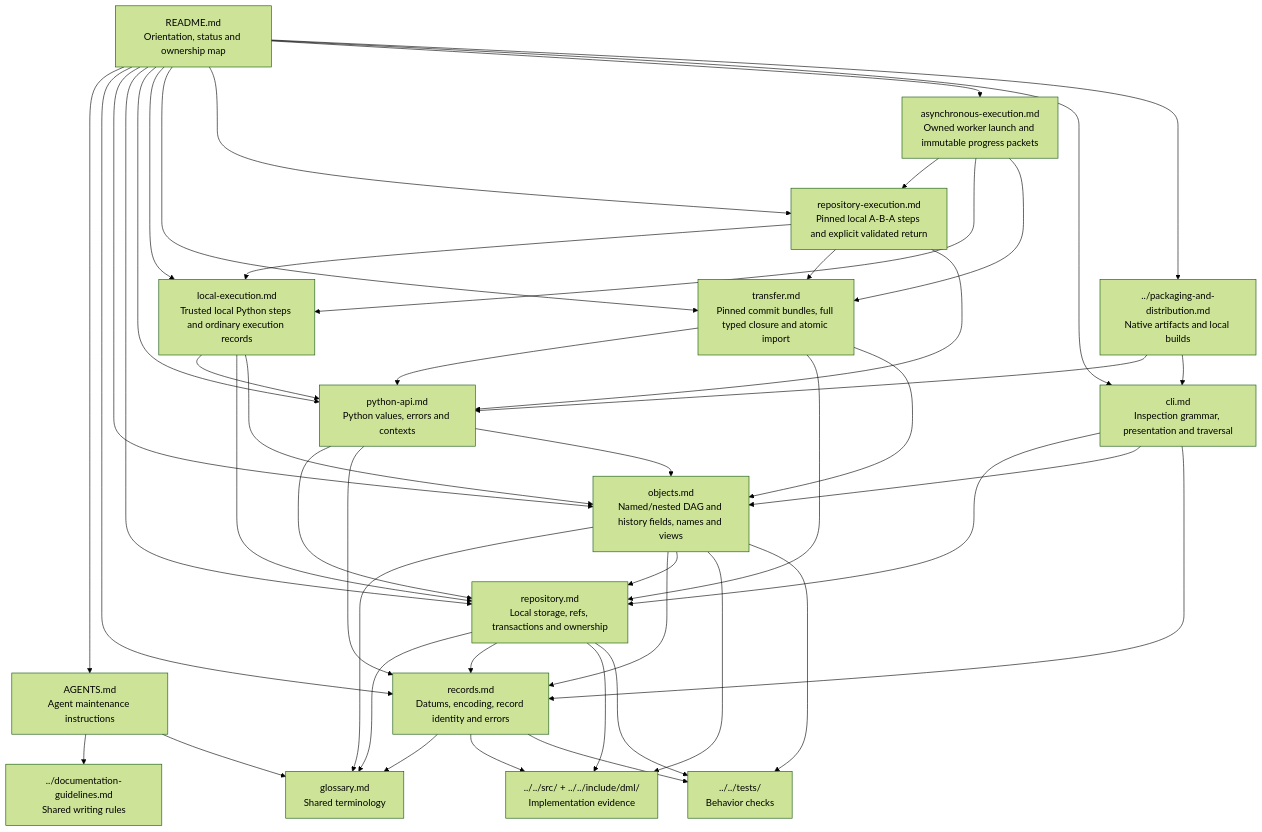
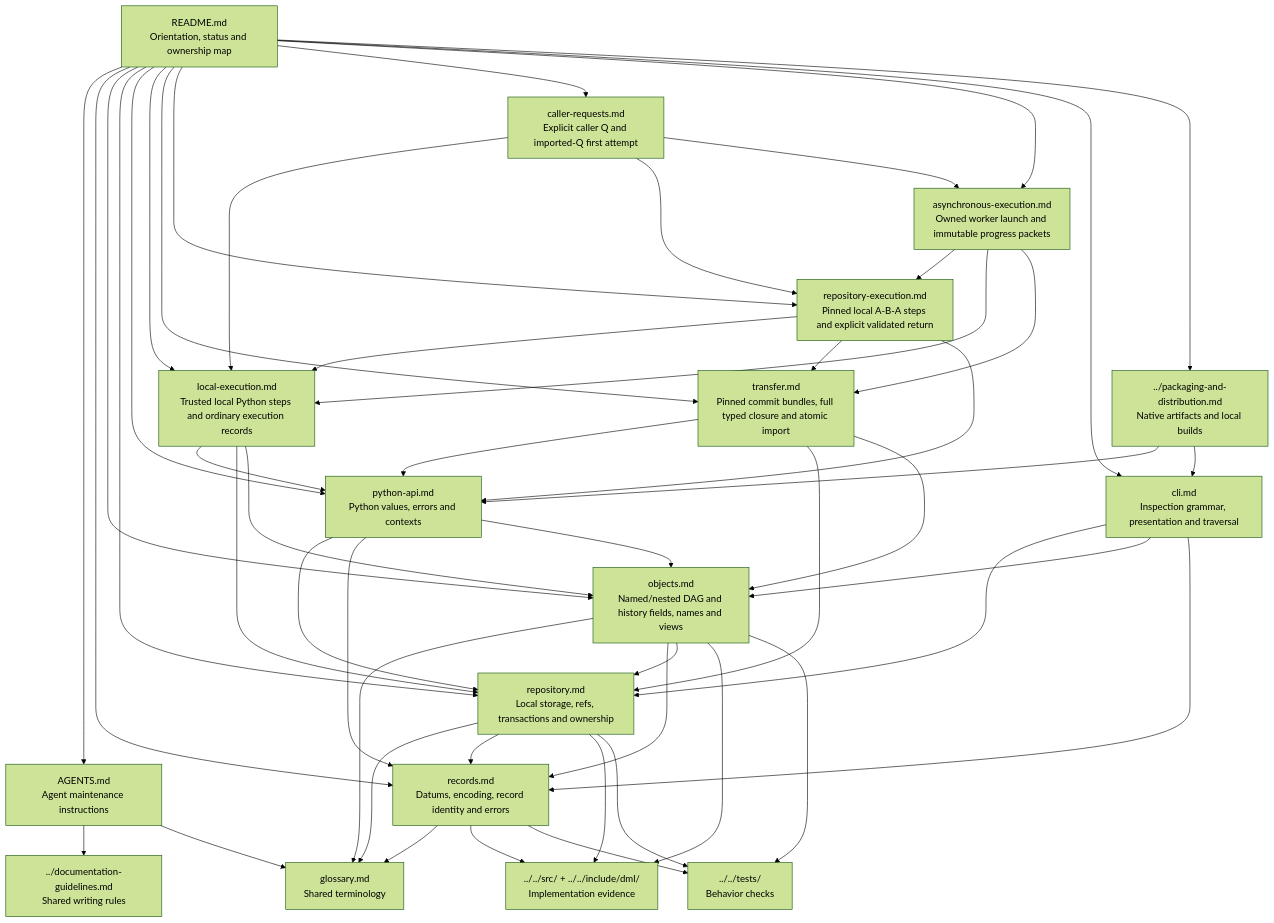
The diagram in docs/spec-next/README.md (micha/dml), drawn with Mermaid (forest theme) before and after one commit. The commit also changed other lines of this file and 21 other files, not shown here.

First line of the commit message:
Record caller requests before local repository execution

````diff
--- a/docs/spec-next/README.md
+++ b/docs/spec-next/README.md
@@ -35,64 +35,69 @@
 ```mermaid
 flowchart TD
     README["README.md<br/>Orientation, status and ownership map"]
     AGENTS["AGENTS.md<br/>Agent maintenance instructions"]
     GUIDE["../documentation-guidelines.md<br/>Shared writing rules"]
     GLOSSARY["glossary.md<br/>Shared terminology"]
     RECORDS["records.md<br/>Datums, encoding, record identity and errors"]
     OBJECTS["objects.md<br/>Named/nested DAG and history fields, names and views"]
     REPO["repository.md<br/>Local storage, refs, transactions and ownership"]
     PY["python-api.md<br/>Python values, errors and contexts"]
     LOCAL["local-execution.md<br/>Trusted local Python steps and ordinary execution records"]
     TRANSFER["transfer.md<br/>Pinned commit bundles, full typed closure and atomic import"]
     EXCHANGE["repository-execution.md<br/>Pinned local A-B-A steps and explicit validated return"]
+    REQUEST["caller-requests.md<br/>Explicit caller Q and imported-Q first attempt"]
     ASYNC["asynchronous-execution.md<br/>Owned worker launch and immutable progress packets"]
     CLI["cli.md<br/>Inspection grammar, presentation and traversal"]
     PACK["../packaging-and-distribution.md<br/>Native artifacts and local builds"]
     CODE["../../src/ + ../../include/dml/<br/>Implementation evidence"]
     TESTS["../../tests/<br/>Behavior checks"]
     README --> AGENTS
     README --> RECORDS
     README --> OBJECTS
     README --> REPO
     README --> PY
     README --> LOCAL
     README --> TRANSFER
     README --> EXCHANGE
     EXCHANGE --> LOCAL
     EXCHANGE --> TRANSFER
     EXCHANGE --> PY
+    README --> REQUEST
+    REQUEST --> LOCAL
+    REQUEST --> EXCHANGE
+    REQUEST --> ASYNC
     README --> ASYNC
     ASYNC --> EXCHANGE
     ASYNC --> LOCAL
     ASYNC --> TRANSFER
     README --> CLI
     README --> PACK
     PY --> REPO
     PY --> RECORDS
     PY --> OBJECTS
     LOCAL --> PY
     LOCAL --> REPO
     LOCAL --> OBJECTS
     TRANSFER --> PY
     TRANSFER --> REPO
     TRANSFER --> OBJECTS
     CLI --> REPO
     CLI --> OBJECTS
     CLI --> RECORDS
     PACK --> PY
     PACK --> CLI
     AGENTS --> GUIDE
     AGENTS --> GLOSSARY
     RECORDS --> GLOSSARY
     OBJECTS --> GLOSSARY
     OBJECTS --> RECORDS
     OBJECTS --> REPO
     OBJECTS --> CODE
     OBJECTS --> TESTS
     REPO --> GLOSSARY
     REPO --> RECORDS
     RECORDS --> CODE
     RECORDS --> TESTS
     REPO --> CODE
     REPO --> TESTS
 ```
````
